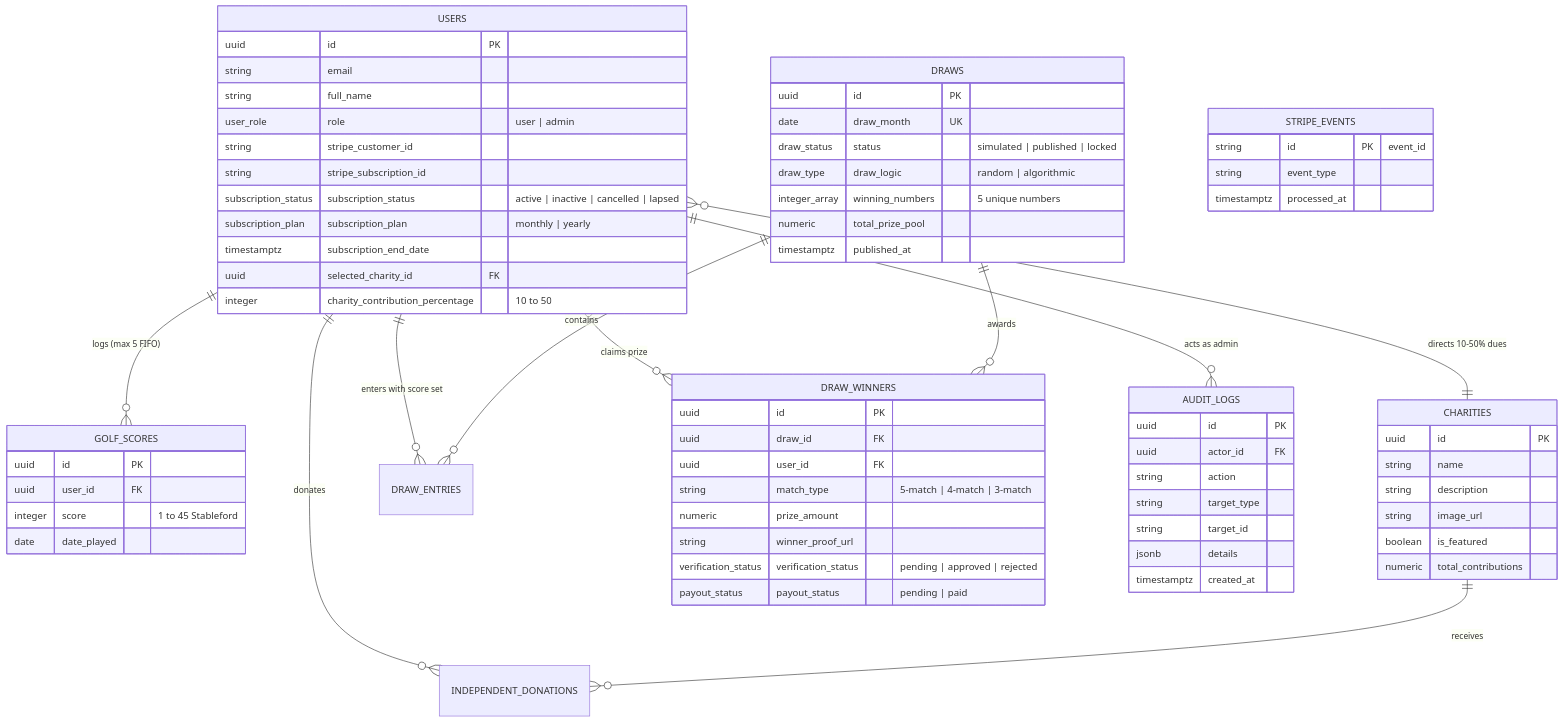
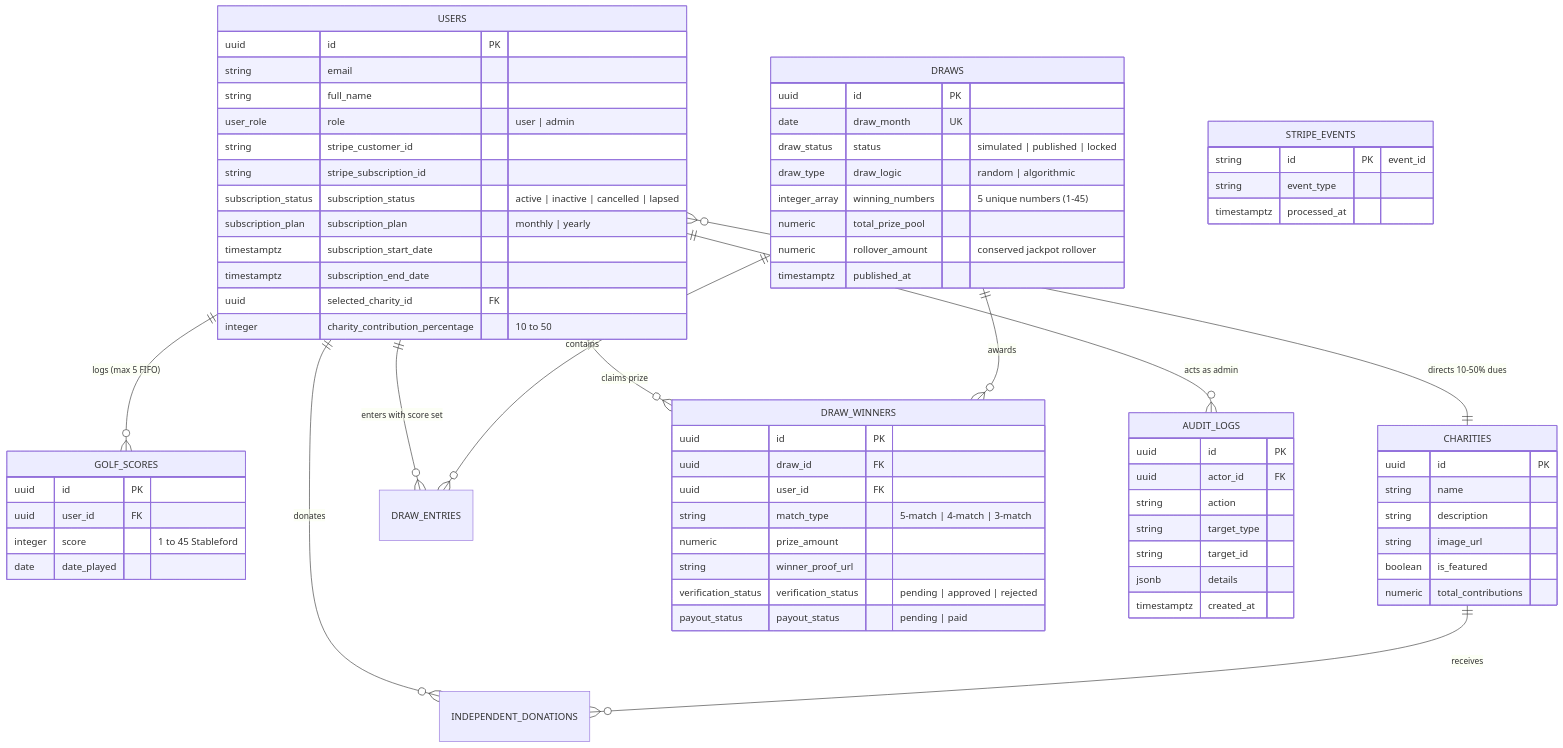
One commit to Sekhar01807/Golf-Platform changed the second of 2 diagrams in README.md. Above: the diagram before and after it, drawn with Mermaid. The commit also changed other lines of this file and 12 other files, not shown here.

````diff
--- a/README.md
+++ b/README.md
@@ -76,79 +76,81 @@
 ```mermaid
 erDiagram
     USERS ||--o{ GOLF_SCORES : "logs (max 5 FIFO)"
     USERS }o--|| CHARITIES : "directs 10-50% dues"
     USERS ||--o{ DRAW_ENTRIES : "enters with score set"
     USERS ||--o{ DRAW_WINNERS : "claims prize"
     USERS ||--o{ INDEPENDENT_DONATIONS : "donates"
     DRAWS ||--o{ DRAW_ENTRIES : "contains"
     DRAWS ||--o{ DRAW_WINNERS : "awards"
     CHARITIES ||--o{ INDEPENDENT_DONATIONS : "receives"
     USERS ||--o{ AUDIT_LOGS : "acts as admin"
 
     USERS {
         uuid id PK
         string email
         string full_name
         user_role role "user | admin"
         string stripe_customer_id
         string stripe_subscription_id
         subscription_status subscription_status "active | inactive | cancelled | lapsed"
         subscription_plan subscription_plan "monthly | yearly"
+        timestamptz subscription_start_date
         timestamptz subscription_end_date
         uuid selected_charity_id FK
         integer charity_contribution_percentage "10 to 50"
     }
 
     CHARITIES {
         uuid id PK
         string name
         string description
         string image_url
         boolean is_featured
         numeric total_contributions
     }
 
     GOLF_SCORES {
         uuid id PK
         uuid user_id FK
         integer score "1 to 45 Stableford"
         date date_played
     }
 
     DRAWS {
         uuid id PK
         date draw_month UK
         draw_status status "simulated | published | locked"
         draw_type draw_logic "random | algorithmic"
-        integer_array winning_numbers "5 unique numbers"
+        integer_array winning_numbers "5 unique numbers (1-45)"
         numeric total_prize_pool
+        numeric rollover_amount "conserved jackpot rollover"
         timestamptz published_at
     }
 
     DRAW_WINNERS {
         uuid id PK
         uuid draw_id FK
         uuid user_id FK
         string match_type "5-match | 4-match | 3-match"
         numeric prize_amount
         string winner_proof_url
         verification_status verification_status "pending | approved | rejected"
         payout_status payout_status "pending | paid"
     }
 
     STRIPE_EVENTS {
         string id PK "event_id"
         string event_type
         timestamptz processed_at
     }
 
     AUDIT_LOGS {
         uuid id PK
         uuid actor_id FK
         string action
         string target_type
         string target_id
         jsonb details
         timestamptz created_at
     }
 ```
````
